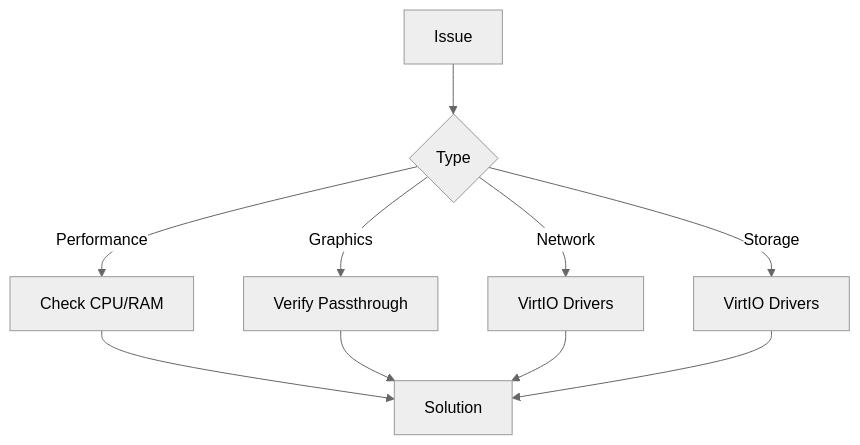
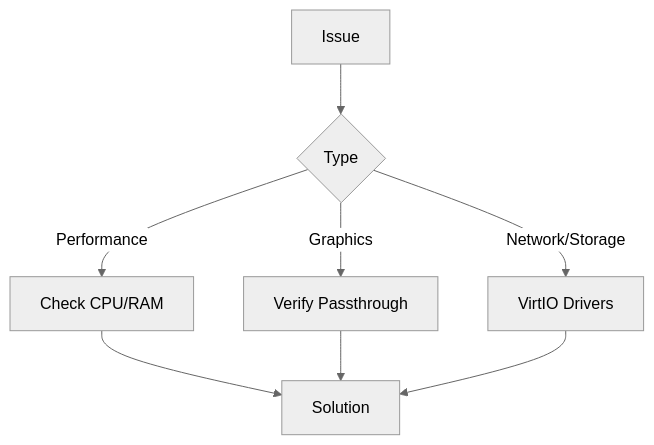
The fifth of 5 diagrams in docs/guides/windows-on-proxmox.md (Hydepwns/nix-mox), drawn with Mermaid (neutral theme) before and after one commit. The commit also changed other lines of this file and 145 other files, not shown here.

````diff
--- a/docs/guides/windows-on-proxmox.md
+++ b/docs/guides/windows-on-proxmox.md
@@ -113,13 +84,10 @@
 ```mermaid
 flowchart TD
     A[Issue] --> B{Type}
     B -->|Performance| C[Check CPU/RAM]
     B -->|Graphics| D[Verify Passthrough]
-    B -->|Network| E[VirtIO Drivers]
-    B -->|Storage| F[VirtIO Drivers]
-    
-    C --> G[Solution]
-    D --> G
-    E --> G
-    F --> G
+    B -->|Network/Storage| E[VirtIO Drivers]
+    C --> F[Solution]
+    D --> F
+    E --> F
 ```
````
